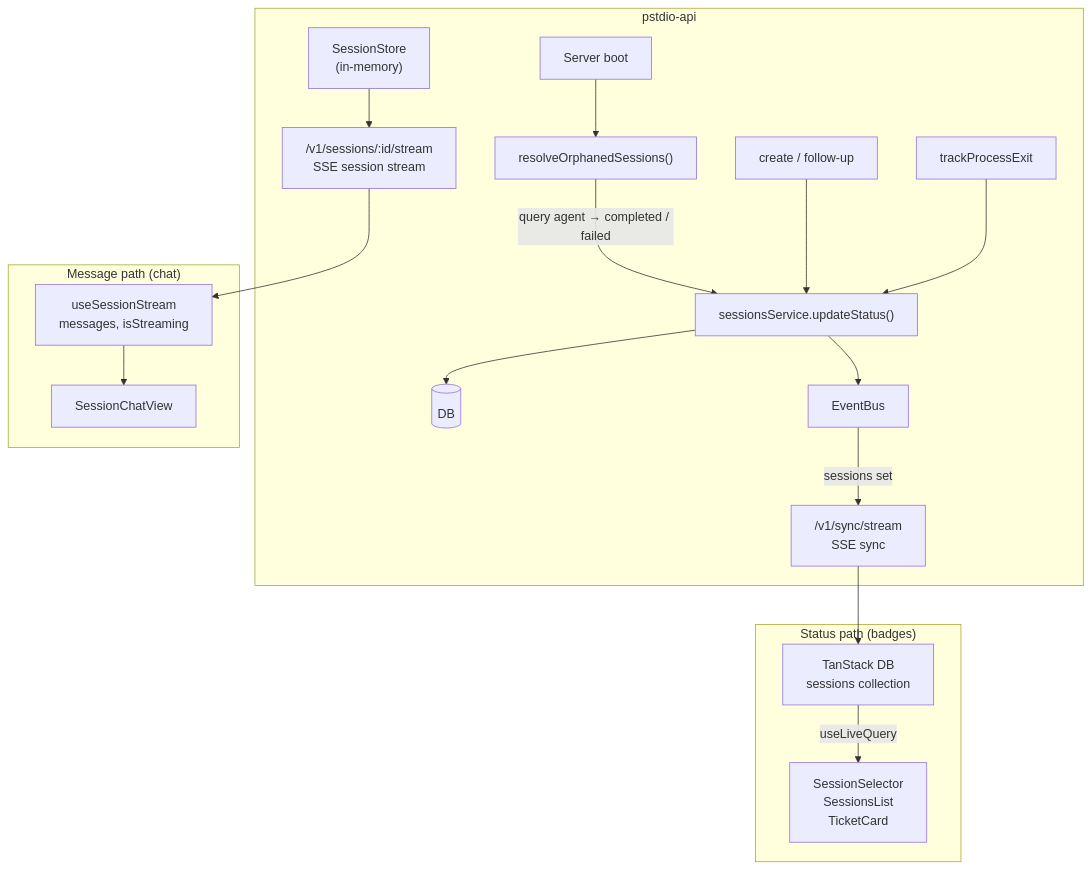
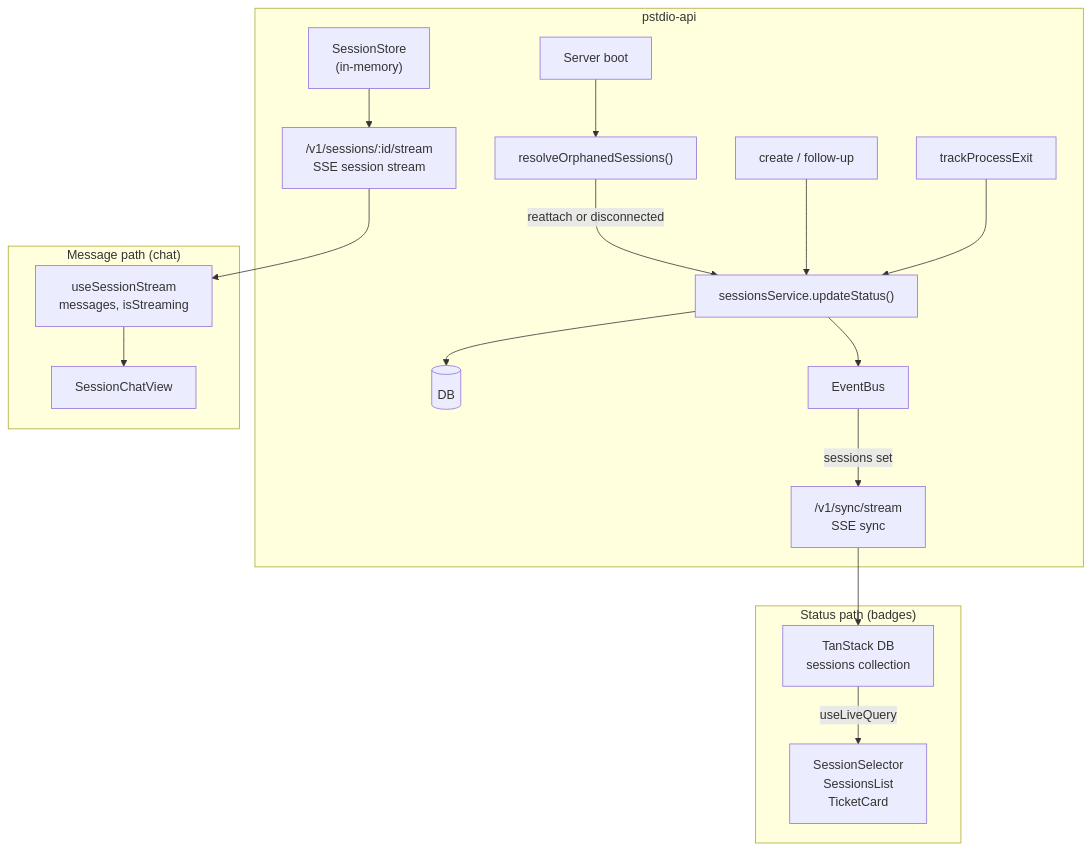
Before and after one commit to jenshorn/prompt-studio: the diagram in .pstdio/docs/architecture/session-status-lifecycle.md, drawn with Mermaid. The commit also changed other lines of this file and 32 other files, not shown here.

````diff
--- a/.pstdio/docs/architecture/session-status-lifecycle.md
+++ b/.pstdio/docs/architecture/session-status-lifecycle.md
@@ -7,24 +7,24 @@
 ```mermaid
 graph TD
     subgraph "pstdio-api"
         BOOT["Server boot"] --> SWEEP["resolveOrphanedSessions()"]
-        SWEEP -- "query agent → completed / failed" --> UPDATE
+        SWEEP -- "reattach or disconnected" --> UPDATE
         CREATE["create / follow-up"] --> UPDATE["sessionsService.updateStatus()"]
         EXIT["trackProcessExit"] --> UPDATE
         UPDATE --> DB[(DB)]
         UPDATE --> BUS["EventBus"]
         BUS -- "sessions set" --> SSE_SYNC
         STORE["SessionStore\n(in-memory)"] --> STREAM_SSE
     end
 
     subgraph "Status path (badges)"
         SSE_SYNC["/v1/sync/stream\nSSE sync"] --> TANSTACK["TanStack DB\nsessions collection"]
         TANSTACK -- "useLiveQuery" --> BADGES["SessionSelector\nSessionsList\nTicketCard"]
     end
 
     subgraph "Message path (chat)"
         STREAM_SSE["/v1/sessions/:id/stream\nSSE session stream"] --> HOOK["useSessionStream\nmessages, isStreaming"]
         HOOK --> CHAT["SessionChatView"]
     end
 
 ```
````
